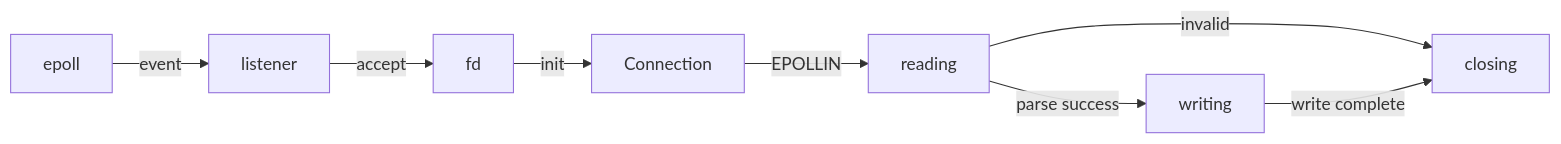
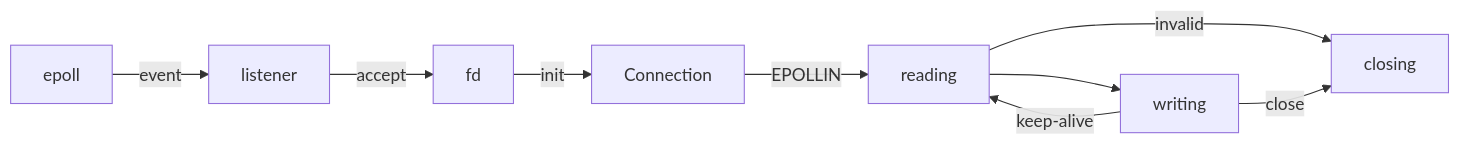
One commit to keix/fragile changed the second of 2 diagrams in README.md. Above: the diagram before and after it, drawn with Mermaid. The commit also changed other lines of this file and 6 other files, not shown here.

Commit message:
Implement HTTP/1.1 keep-alive and update protocol scope

````diff
--- a/README.md
+++ b/README.md
@@ -127,12 +127,13 @@
 ```mermaid
 flowchart LR
     E[epoll] -->|event| L[listener]
     L -->|accept| FD[fd]
     FD -->|init| C[Connection]
 
     C -->|EPOLLIN| R[reading]
-    R -->|parse success| W[writing]
+    R --> W[writing]
     R -->|invalid| X[closing]
 
-    W -->|write complete| X
+    W -->|keep-alive| R
+    W -->|close| X
 ```
````
